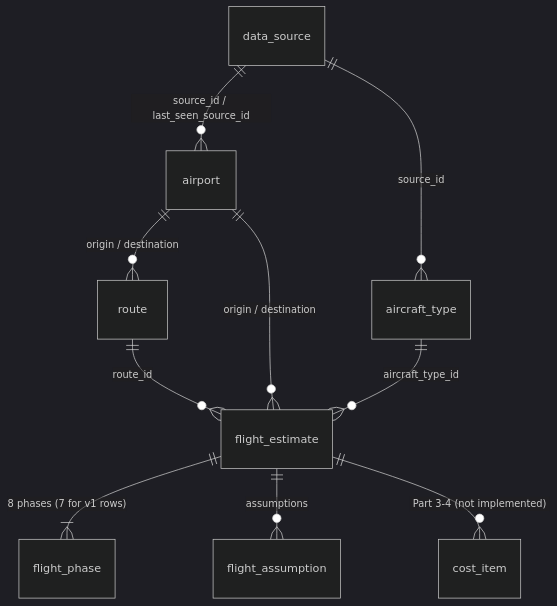
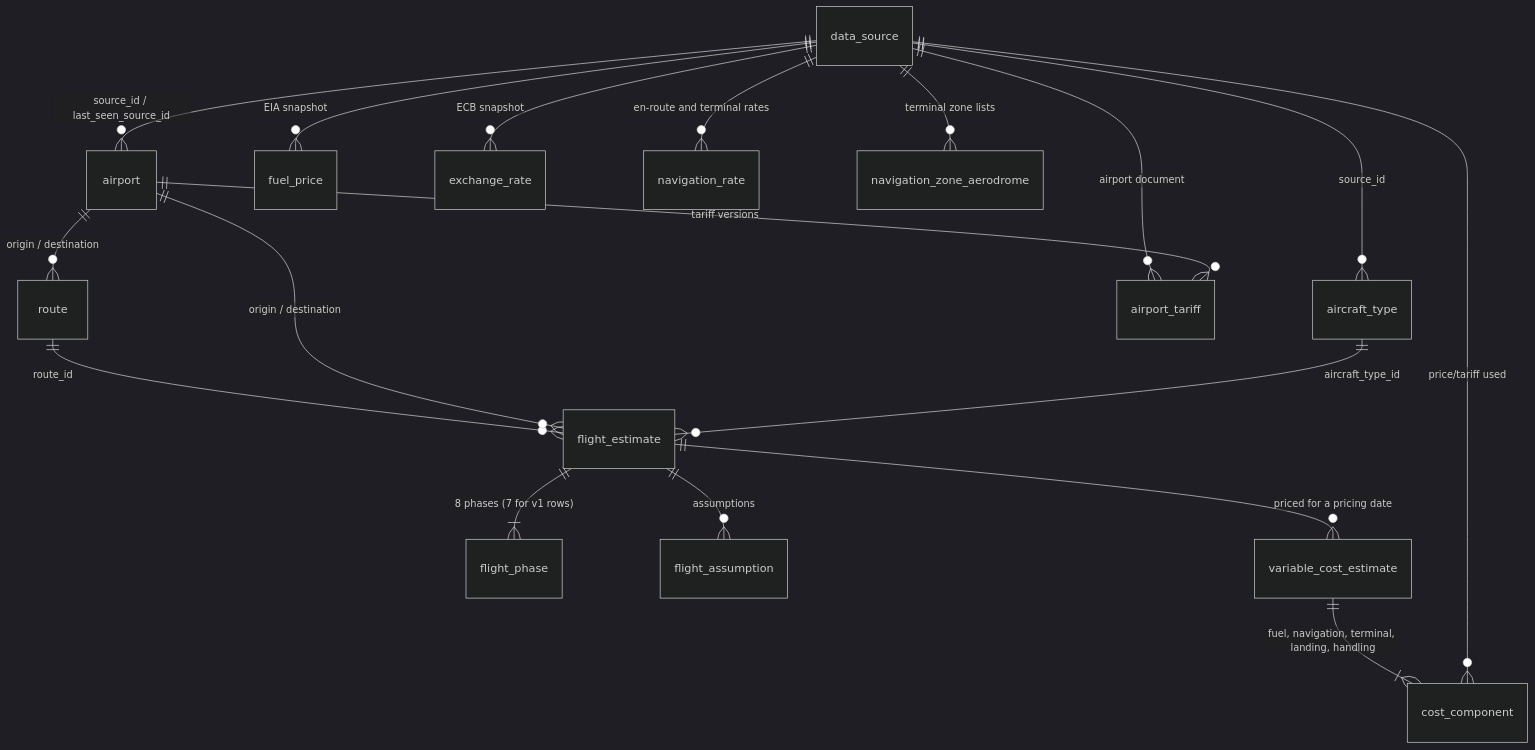
The second of 3 diagrams in docs/architecture.md (rishitank1805/aircraft-cost-model), drawn with Mermaid (dark theme) before and after one commit. The commit also changed other lines of this file and 68 other files, not shown here.

````diff
--- a/docs/architecture.md
+++ b/docs/architecture.md
@@ -146,12 +152,20 @@
 ```mermaid
 erDiagram
     data_source ||--o{ airport : "source_id / last_seen_source_id"
     data_source ||--o{ aircraft_type : "source_id"
     airport ||--o{ route : "origin / destination"
     route ||--o{ flight_estimate : "route_id"
     airport ||--o{ flight_estimate : "origin / destination"
     aircraft_type ||--o{ flight_estimate : "aircraft_type_id"
     flight_estimate ||--|{ flight_phase : "8 phases (7 for v1 rows)"
     flight_estimate ||--o{ flight_assumption : "assumptions"
-    flight_estimate ||--o{ cost_item : "Part 3-4 (not implemented)"
+    flight_estimate ||--o{ variable_cost_estimate : "priced for a pricing date"
+    variable_cost_estimate ||--|{ cost_component : "fuel, navigation, terminal, landing, handling"
+    data_source ||--o{ fuel_price : "EIA snapshot"
+    data_source ||--o{ exchange_rate : "ECB snapshot"
+    data_source ||--o{ navigation_rate : "en-route and terminal rates"
+    data_source ||--o{ navigation_zone_aerodrome : "terminal zone lists"
+    data_source ||--o{ airport_tariff : "airport document"
+    airport ||--o{ airport_tariff : "tariff versions"
+    data_source ||--o{ cost_component : "price/tariff used"
 ```
````
